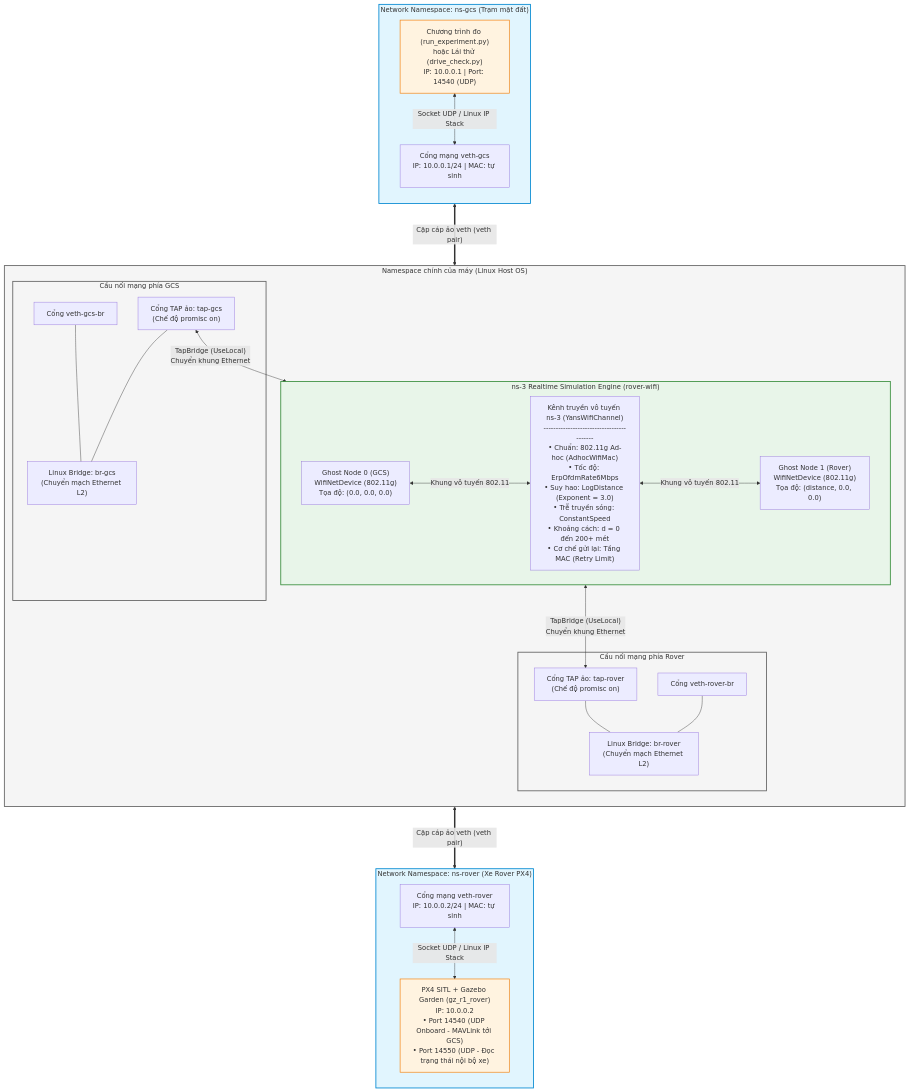
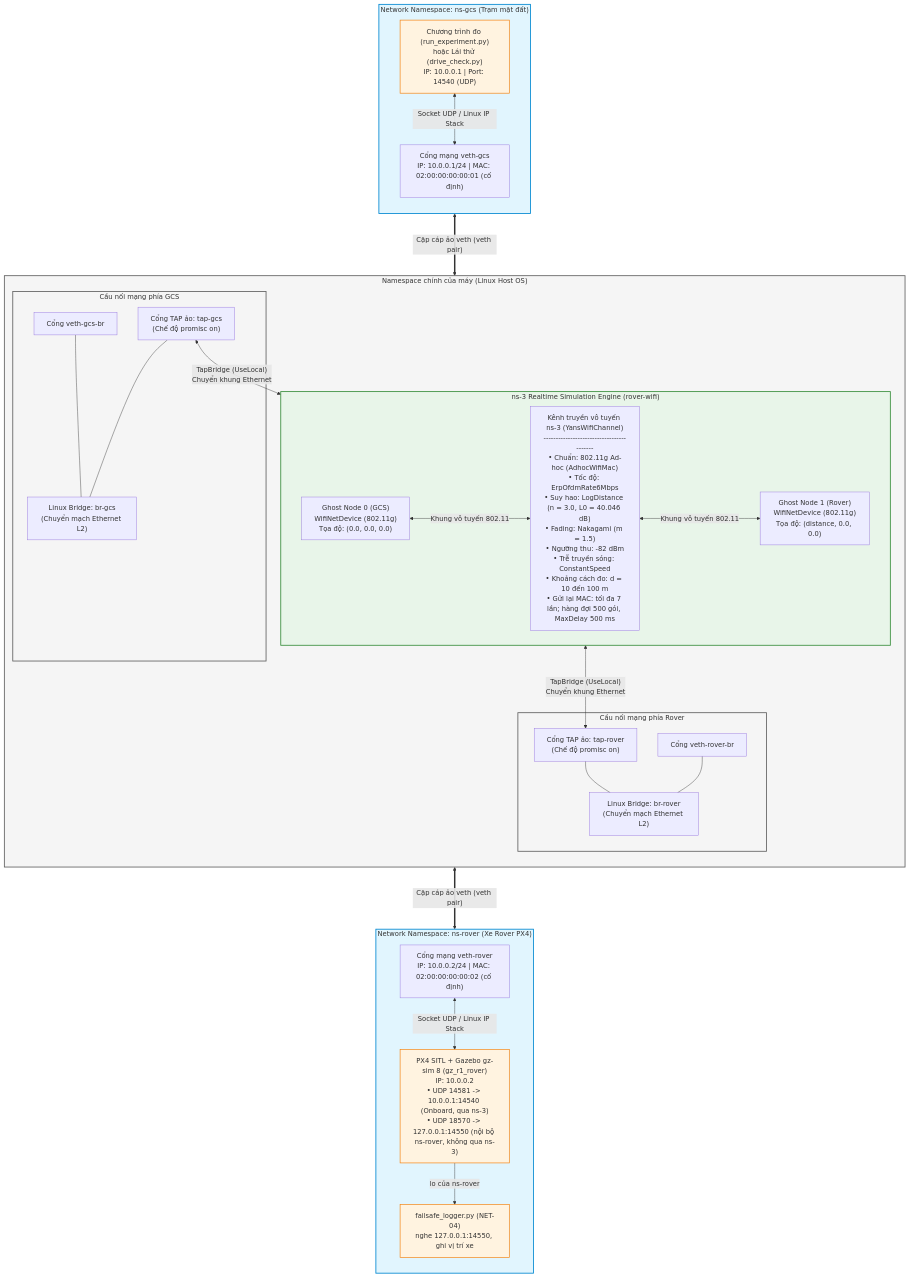
One commit to dduongocean/N44_2026_LTM_007_012_057 changed the diagram in docs/diagrams/network-overview/network-overview.mmd. Above: the diagram before and after it, drawn with Mermaid. The commit also changed 2 other files, not shown here.

Commit message:
S02/REPORT: cập nhật config.txt (mức đo, cấu hình NET-04) và sơ đồ network-overview theo rà soát mục 2

```diff
--- a/docs/diagrams/network-overview/network-overview.mmd
+++ b/docs/diagrams/network-overview/network-overview.mmd
@@ -1,70 +1,72 @@
 %% =============================================================================
 %% Sơ đồ kiến trúc mạng hệ thống mô phỏng PX4 - ns-3
 %% Người thực hiện: Vũ Duy Dương (NET-01/T5)
 %% Phục vụ: Mục 3 Báo cáo cuối kỳ - Kiến trúc và thiết kế hệ thống
 %% =============================================================================
 
 flowchart TD
     subgraph NS_GCS ["Network Namespace: ns-gcs (Trạm mặt đất)"]
         direction TB
         APP_GCS["Chương trình đo (run_experiment.py)<br/>hoặc Lái thử (drive_check.py)<br/>IP: 10.0.0.1 | Port: 14540 (UDP)"]
-        VETH_GCS["Cổng mạng veth-gcs<br/>IP: 10.0.0.1/24 | MAC: tự sinh"]
+        VETH_GCS["Cổng mạng veth-gcs<br/>IP: 10.0.0.1/24 | MAC: 02:00:00:00:00:01 (cố định)"]
         APP_GCS <-->|"Socket UDP / Linux IP Stack"| VETH_GCS
     end
 
     subgraph HOST ["Namespace chính của máy (Linux Host OS)"]
         direction TB
 
         subgraph GCS_NET ["Cầu nối mạng phía GCS"]
             VETH_GCS_BR["Cổng veth-gcs-br"]
             BR_GCS["Linux Bridge: br-gcs<br/>(Chuyển mạch Ethernet L2)"]
             TAP_GCS["Cổng TAP ảo: tap-gcs<br/>(Chế độ promisc on)"]
             VETH_GCS_BR --- BR_GCS
             TAP_GCS --- BR_GCS
         end
 
         subgraph NS3_SIM ["ns-3 Realtime Simulation Engine (rover-wifi)"]
             direction LR
             GHOST0["Ghost Node 0 (GCS)<br/>WifiNetDevice (802.11g)<br/>Tọa độ: (0.0, 0.0, 0.0)"]
             
-            WIFI_CH["Kênh truyền vô tuyến ns-3 (YansWifiChannel)<br/>-----------------------------------------<br/>• Chuẩn: 802.11g Ad-hoc (AdhocWifiMac)<br/>• Tốc độ: ErpOfdmRate6Mbps<br/>• Suy hao: LogDistance (Exponent = 3.0)<br/>• Trễ truyền sóng: ConstantSpeed<br/>• Khoảng cách: d = 0 đến 200+ mét<br/>• Cơ chế gửi lại: Tầng MAC (Retry Limit)"]
+            WIFI_CH["Kênh truyền vô tuyến ns-3 (YansWifiChannel)<br/>-----------------------------------------<br/>• Chuẩn: 802.11g Ad-hoc (AdhocWifiMac)<br/>• Tốc độ: ErpOfdmRate6Mbps<br/>• Suy hao: LogDistance (n = 3.0, L0 = 40.046 dB)<br/>• Fading: Nakagami (m = 1.5)<br/>• Ngưỡng thu: -82 dBm<br/>• Trễ truyền sóng: ConstantSpeed<br/>• Khoảng cách đo: d = 10 đến 100 m<br/>• Gửi lại MAC: tối đa 7 lần; hàng đợi 500 gói, MaxDelay 500 ms"]
             
             GHOST1["Ghost Node 1 (Rover)<br/>WifiNetDevice (802.11g)<br/>Tọa độ: (distance, 0.0, 0.0)"]
 
             GHOST0 <-->|"Khung vô tuyến 802.11"| WIFI_CH
             WIFI_CH <-->|"Khung vô tuyến 802.11"| GHOST1
         end
 
         subgraph ROVER_NET ["Cầu nối mạng phía Rover"]
             TAP_ROVER["Cổng TAP ảo: tap-rover<br/>(Chế độ promisc on)"]
             BR_ROVER["Linux Bridge: br-rover<br/>(Chuyển mạch Ethernet L2)"]
             VETH_ROVER_BR["Cổng veth-rover-br"]
             TAP_ROVER --- BR_ROVER
             VETH_ROVER_BR --- BR_ROVER
         end
 
         TAP_GCS <-->|"TapBridge (UseLocal)<br/>Chuyển khung Ethernet"| GHOST0
         GHOST1 <-->|"TapBridge (UseLocal)<br/>Chuyển khung Ethernet"| TAP_ROVER
     end
 
     subgraph NS_ROVER ["Network Namespace: ns-rover (Xe Rover PX4)"]
         direction TB
-        VETH_ROVER["Cổng mạng veth-rover<br/>IP: 10.0.0.2/24 | MAC: tự sinh"]
-        PX4_APP["PX4 SITL + Gazebo Garden (gz_r1_rover)<br/>IP: 10.0.0.2<br/>• Port 14540 (UDP Onboard - MAVLink tới GCS)<br/>• Port 14550 (UDP - Đọc trạng thái nội bộ xe)"]
+        VETH_ROVER["Cổng mạng veth-rover<br/>IP: 10.0.0.2/24 | MAC: 02:00:00:00:00:02 (cố định)"]
+        PX4_APP["PX4 SITL + Gazebo gz-sim 8 (gz_r1_rover)<br/>IP: 10.0.0.2<br/>• UDP 14581 -> 10.0.0.1:14540 (Onboard, qua ns-3)<br/>• UDP 18570 -> 127.0.0.1:14550 (nội bộ ns-rover, không qua ns-3)"]
+        LOGGER["failsafe_logger.py (NET-04)<br/>nghe 127.0.0.1:14550, ghi vị trí xe"]
+        PX4_APP -->|"lo của ns-rover"| LOGGER
         VETH_ROVER <-->|"Socket UDP / Linux IP Stack"| PX4_APP
     end
 
     %% Cặp veth xuyên qua namespace
     VETH_GCS <===>|"Cặp cáp ảo veth (veth pair)"| VETH_GCS_BR
     VETH_ROVER_BR <===>|"Cặp cáp ảo veth (veth pair)"| VETH_ROVER
 
     %% Định dạng màu sắc trực quan
     classDef nsStyle fill:#e1f5fe,stroke:#0288d1,stroke-width:2px;
     classDef hostStyle fill:#f5f5f5,stroke:#616161,stroke-width:2px;
     classDef ns3Style fill:#e8f5e9,stroke:#388e3c,stroke-width:2px;
     classDef appStyle fill:#fff3e0,stroke:#f57c00,stroke-width:1.5px;
     
     class NS_GCS,NS_ROVER nsStyle;
     class HOST,GCS_NET,ROVER_NET hostStyle;
     class NS3_SIM ns3Style;
-    class APP_GCS,PX4_APP appStyle;
+    class APP_GCS,PX4_APP,LOGGER appStyle;
```
